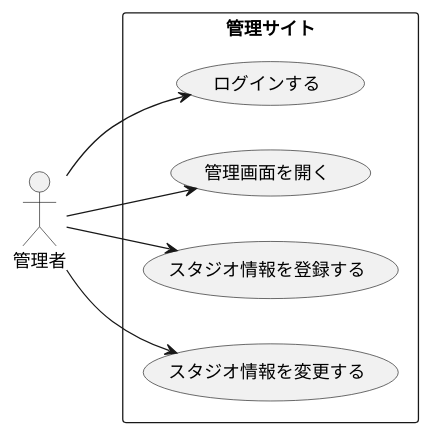
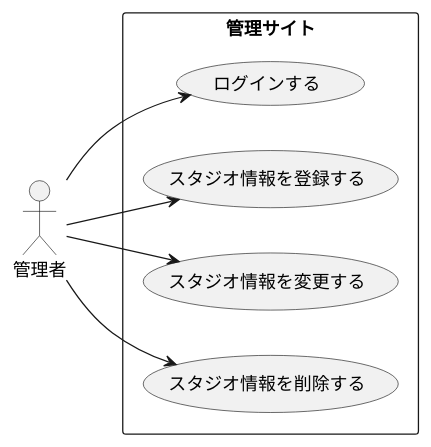
The diagram in modeling/05_Usecase_スタジオ管理.pu (TakashiOnawa/ddd-practice-studio-reservation), drawn with PlantUML before and after one commit. The commit also changed 38 other files, not shown here.

```diff
--- a/modeling/05_Usecase_スタジオ管理.pu
+++ b/modeling/05_Usecase_スタジオ管理.pu
@@ -1,14 +1,14 @@
 @startuml Usecase
 
 left to right direction
 
 actor 管理者
 
 rectangle 管理サイト {
     管理者 --> (ログインする)
-    管理者 --> (管理画面を開く)
     管理者 --> (スタジオ情報を登録する)
     管理者 --> (スタジオ情報を変更する)
+    管理者 --> (スタジオ情報を削除する)
 }
 
 @enduml
```
